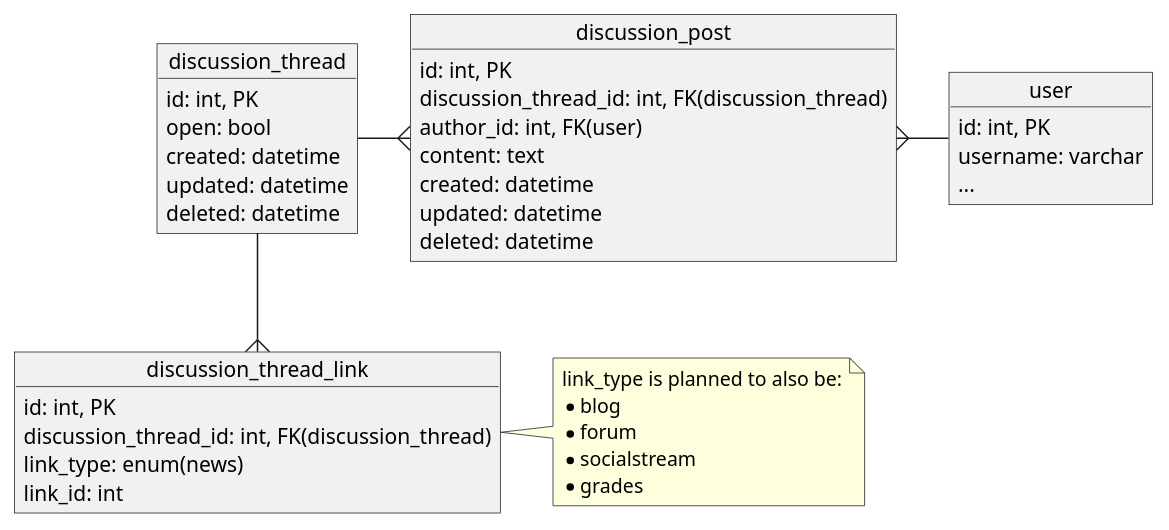
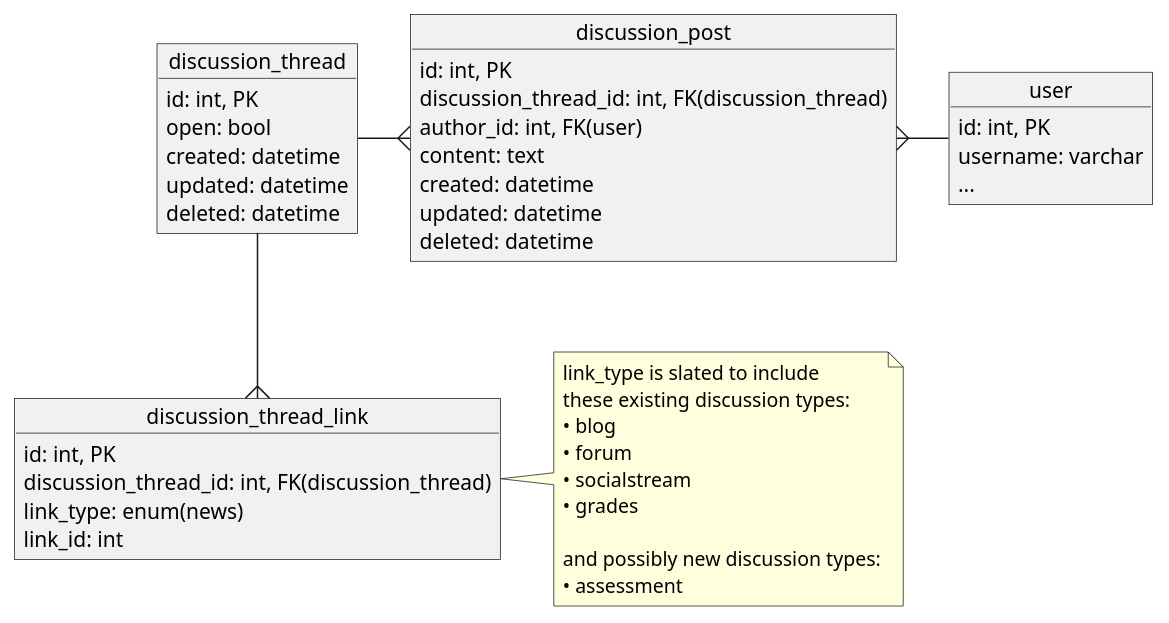
Before and after one commit to juliaattrevisan/schoolbox-api-docs: the diagram in library/Schoolbox/Discussion/database.puml, drawn with PlantUML. The commit also changed 1 other file, not shown here.

```diff
--- a/library/Schoolbox/Discussion/database.puml
+++ b/library/Schoolbox/Discussion/database.puml
@@ -1,51 +1,55 @@
 @startuml
 
 hide empty fields
 hide empty methods
 
 object discussion_thread {
     id: int, PK
     open: bool
     created: datetime
     updated: datetime
     deleted: datetime
 }
 
 object discussion_post {
     id: int, PK
     discussion_thread_id: int, FK(discussion_thread)
     author_id: int, FK(user)
     content: text
     created: datetime
     updated: datetime
     deleted: datetime
 }
 
 object discussion_thread_link {
     id: int, PK
     discussion_thread_id: int, FK(discussion_thread)
     link_type: enum(news)
     link_id: int
 }
 
 note right
-link_type is planned to also be:
-* blog
-* forum
-* socialstream
-* grades
+link_type is slated to include
+these existing discussion types:
+• blog
+• forum
+• socialstream
+• grades
+
+and possibly new discussion types:
+• assessment
 end note
 
 object user {
     id: int, PK
     username: varchar
     ...
 }
 
 discussion_thread -r-{ discussion_post
 
 discussion_post }-r- user
 
 discussion_thread -d-{ discussion_thread_link
 
 @enduml
```
